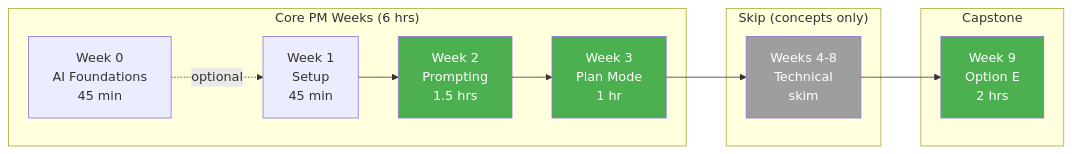
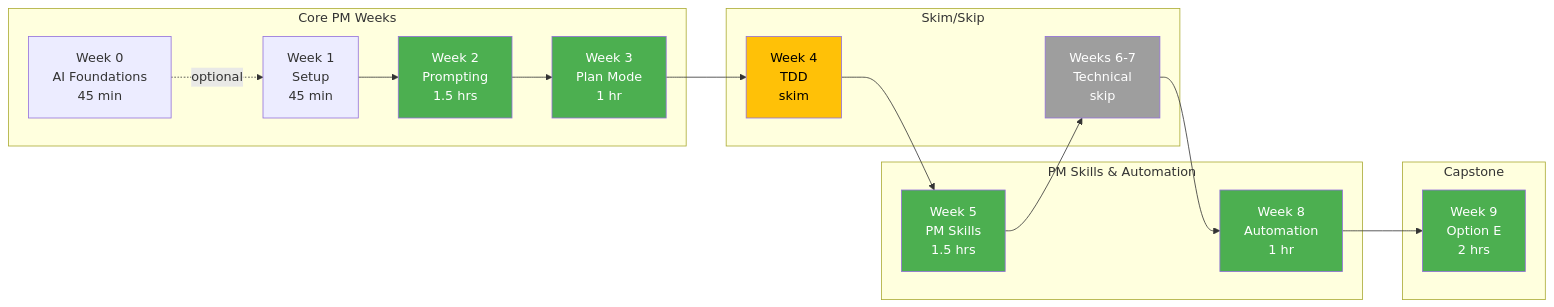
The diagram in courses/ai-101-claude-code/resources/quick-start-pm.md (RealManage/dx-training), drawn with Mermaid before and after one commit. The commit also changed other lines of this file and 41 other files, not shown here.

````diff
--- a/courses/ai-101-claude-code/resources/quick-start-pm.md
+++ b/courses/ai-101-claude-code/resources/quick-start-pm.md
@@ -11,24 +11,36 @@
 ```mermaid
 graph LR
-    subgraph "Core PM Weeks (6 hrs)"
+    subgraph "Core PM Weeks"
         W0[Week 0<br>AI Foundations<br>45 min] -.->|optional| W1[Week 1<br>Setup<br>45 min]
         W1 --> W2[Week 2<br>Prompting<br>1.5 hrs]
         W2 --> W3[Week 3<br>Plan Mode<br>1 hr]
     end
 
-    subgraph "Skip (concepts only)"
-        W4[Weeks 4-8<br>Technical<br>skim]
+    subgraph "PM Skills & Automation"
+        W5[Week 5<br>PM Skills<br>1.5 hrs]
+        W8[Week 8<br>Automation<br>1 hr]
+    end
+
+    subgraph "Skim/Skip"
+        W4[Week 4<br>TDD<br>skim]
+        W67[Weeks 6-7<br>Technical<br>skip]
     end
 
     subgraph "Capstone"
         W9[Week 9<br>Option E<br>2 hrs]
     end
 
     W3 --> W4
-    W4 --> W9
+    W4 --> W5
+    W5 --> W67
+    W67 --> W8
+    W8 --> W9
 
     style W2 fill:#4CAF50,color:#fff
     style W3 fill:#4CAF50,color:#fff
+    style W5 fill:#4CAF50,color:#fff
+    style W8 fill:#4CAF50,color:#fff
     style W9 fill:#4CAF50,color:#fff
-    style W4 fill:#9E9E9E,color:#fff
+    style W4 fill:#FFC107,color:#000
+    style W67 fill:#9E9E9E,color:#fff
 ```
````
